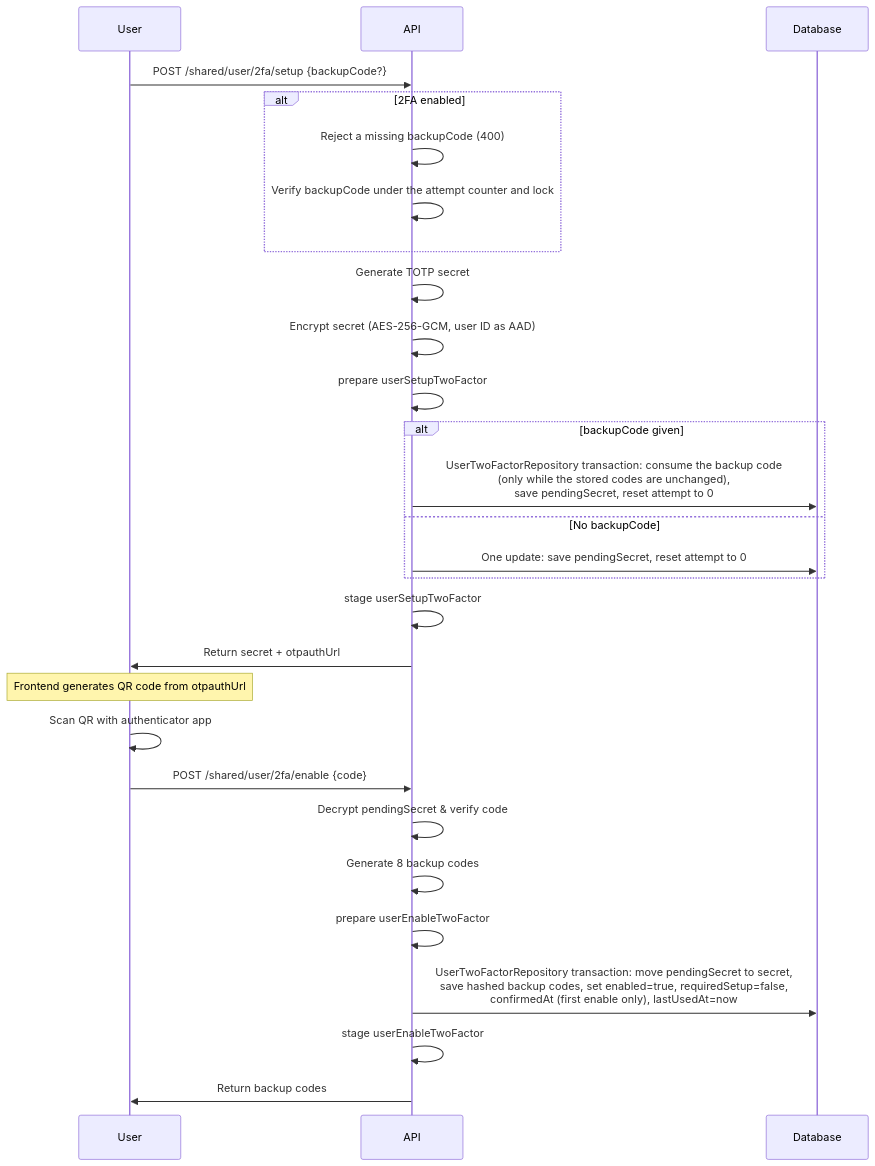
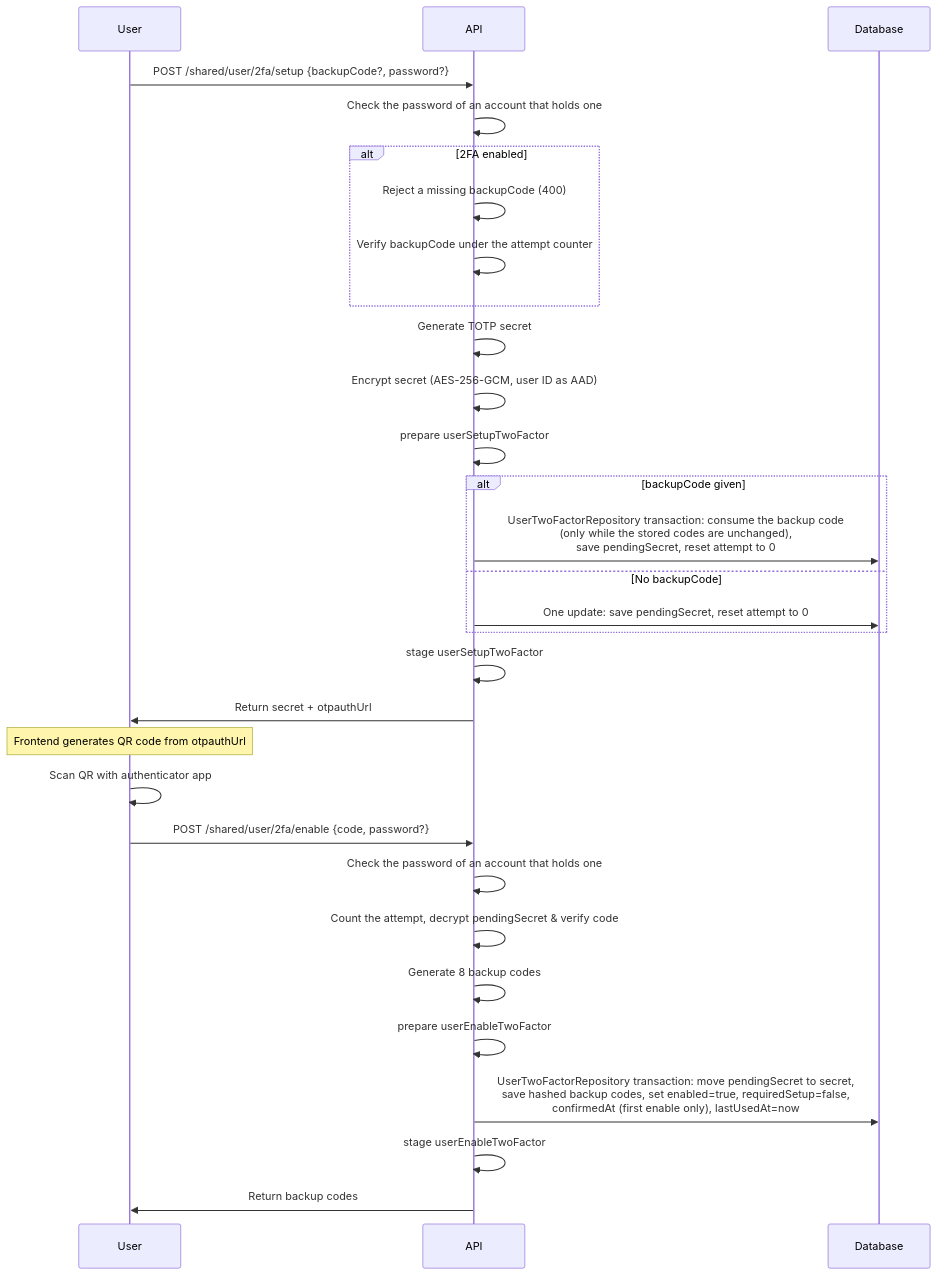
The first of 9 diagrams in docs/two-factor.md (andrechristikan/ack-nestjs-boilerplate), drawn with Mermaid before and after one commit. The commit also changed other lines of this file and 95 other files, not shown here.

Commit message:
feat(user): resend verification on unverified login and hold one signed-in user per device

````diff
--- a/docs/two-factor.md
+++ b/docs/two-factor.md
@@ -246,31 +217,33 @@
 ```mermaid
 sequenceDiagram
     participant User
     participant API
     participant Database
 
-    User->>API: POST /shared/user/2fa/setup {backupCode?}
+    User->>API: POST /shared/user/2fa/setup {backupCode?, password?}
+    API->>API: Check the password of an account that holds one
     alt 2FA enabled
         API->>API: Reject a missing backupCode (400)
-        API->>API: Verify backupCode under the attempt counter and lock
+        API->>API: Verify backupCode under the attempt counter
     end
     API->>API: Generate TOTP secret
     API->>API: Encrypt secret (AES-256-GCM, user ID as AAD)
     API->>API: prepare userSetupTwoFactor
     alt backupCode given
         API->>Database: UserTwoFactorRepository transaction: consume the backup code<br/>(only while the stored codes are unchanged),<br/>save pendingSecret, reset attempt to 0
     else No backupCode
         API->>Database: One update: save pendingSecret, reset attempt to 0
     end
     API->>API: stage userSetupTwoFactor
     API->>User: Return secret + otpauthUrl
     Note over User: Frontend generates QR code from otpauthUrl
     User->>User: Scan QR with authenticator app
-    User->>API: POST /shared/user/2fa/enable {code}
-    API->>API: Decrypt pendingSecret & verify code
+    User->>API: POST /shared/user/2fa/enable {code, password?}
+    API->>API: Check the password of an account that holds one
+    API->>API: Count the attempt, decrypt pendingSecret & verify code
     API->>API: Generate 8 backup codes
     API->>API: prepare userEnableTwoFactor
     API->>Database: UserTwoFactorRepository transaction: move pendingSecret to secret,<br/>save hashed backup codes, set enabled=true, requiredSetup=false,<br/>confirmedAt (first enable only), lastUsedAt=now
     API->>API: stage userEnableTwoFactor
     API->>User: Return backup codes
 ```
````
